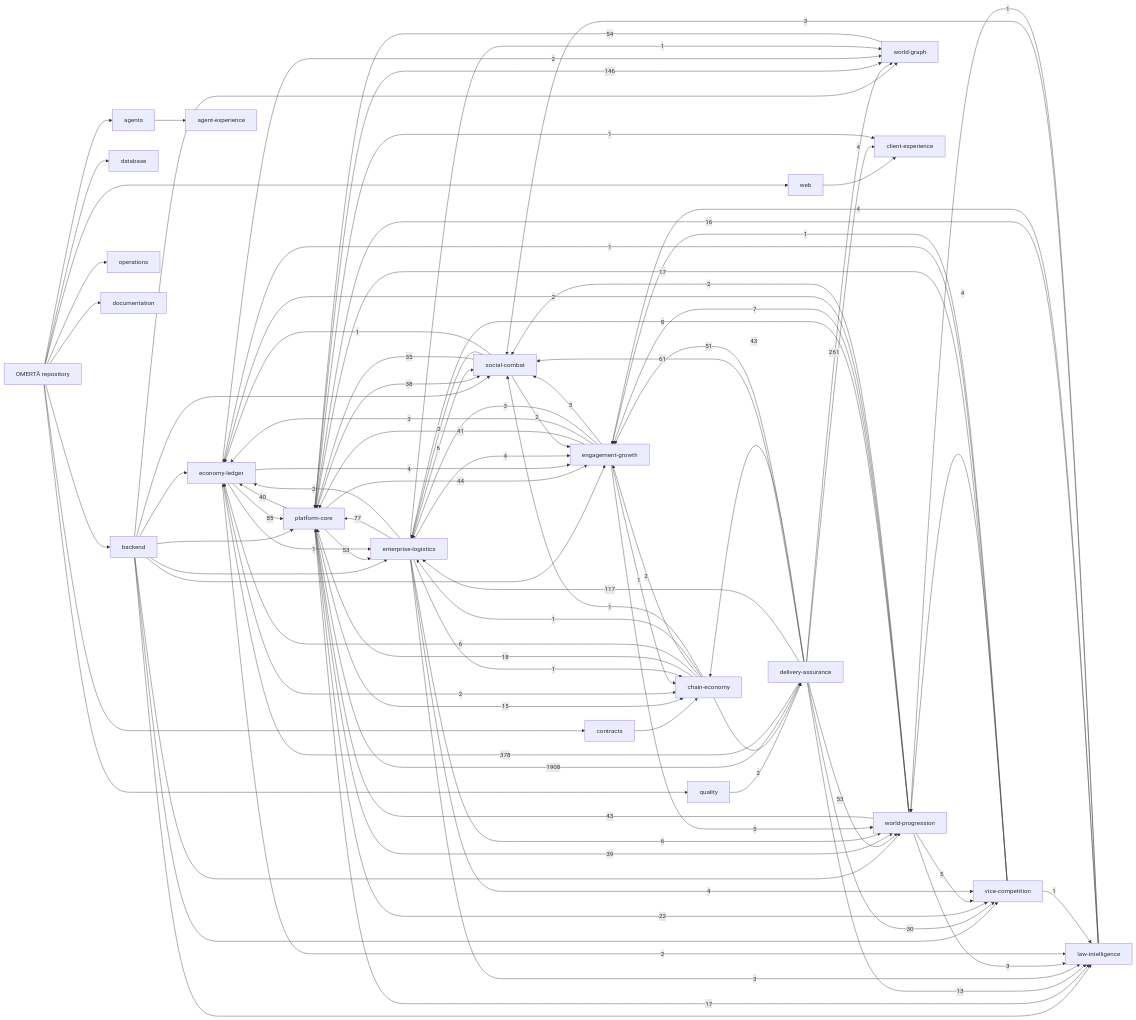
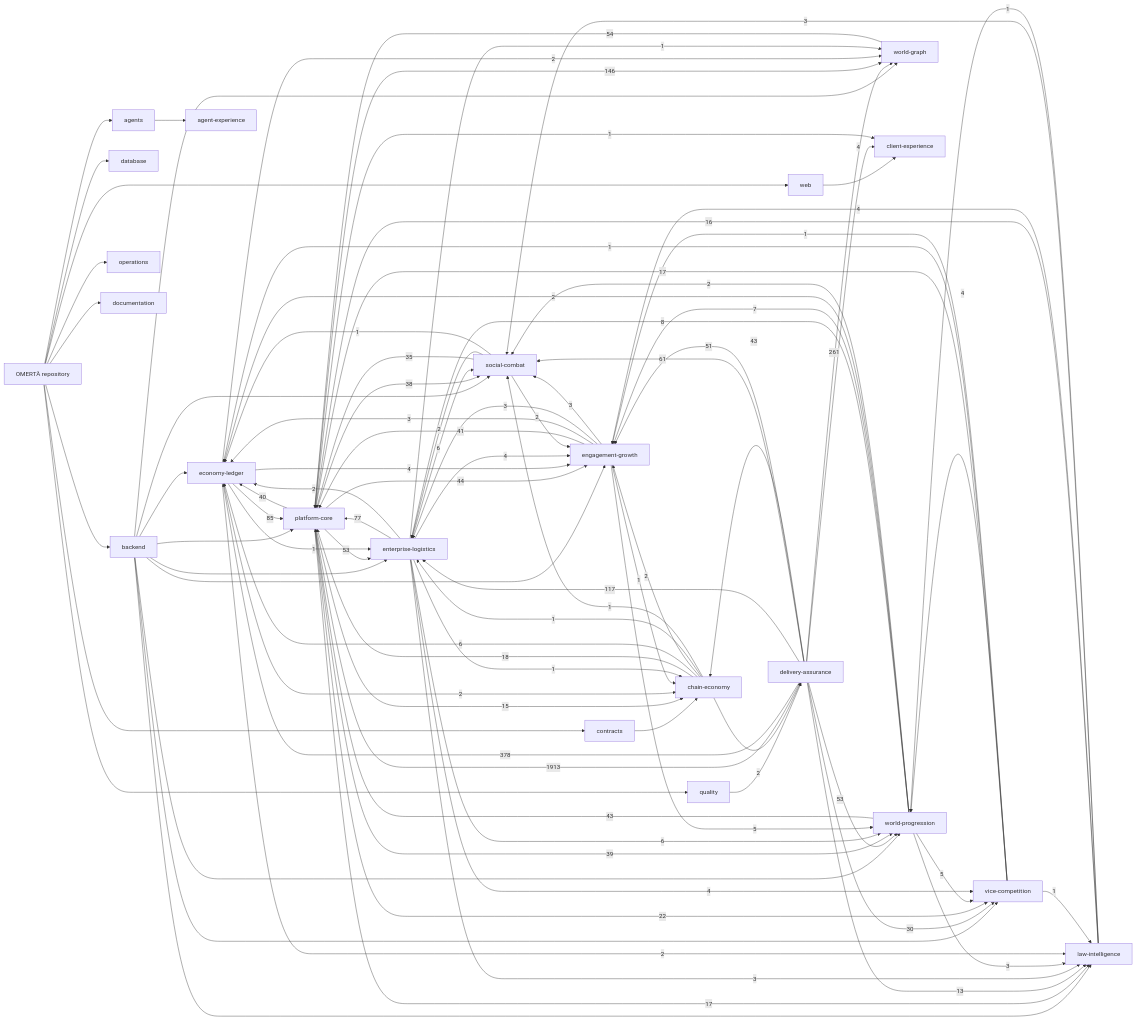
The diagram in knowledge/generated/graph.mmd (OmertaDev/Omerta), drawn with Mermaid before and after one commit. The commit also changed 8 other files, not shown here.

```diff
--- a/knowledge/generated/graph.mmd
+++ b/knowledge/generated/graph.mmd
@@ -1,113 +1,113 @@
 flowchart LR
   repo["OMERTÀ repository"]
   sub_backend["backend"]
   repo --> sub_backend
   sub_database["database"]
   repo --> sub_database
   sub_web["web"]
   repo --> sub_web
   sub_contracts["contracts"]
   repo --> sub_contracts
   sub_agents["agents"]
   repo --> sub_agents
   sub_quality["quality"]
   repo --> sub_quality
   sub_operations["operations"]
   repo --> sub_operations
   sub_documentation["documentation"]
   repo --> sub_documentation
   dom_platform-core["platform-core"]
   dom_economy-ledger["economy-ledger"]
   dom_social-combat["social-combat"]
   dom_world-progression["world-progression"]
   dom_world-graph["world-graph"]
   dom_enterprise-logistics["enterprise-logistics"]
   dom_vice-competition["vice-competition"]
   dom_law-intelligence["law-intelligence"]
   dom_chain-economy["chain-economy"]
   dom_engagement-growth["engagement-growth"]
   dom_client-experience["client-experience"]
   dom_agent-experience["agent-experience"]
   dom_delivery-assurance["delivery-assurance"]
   sub_agents --> dom_agent-experience
   sub_backend --> dom_economy-ledger
   sub_backend --> dom_engagement-growth
   sub_backend --> dom_enterprise-logistics
   sub_backend --> dom_law-intelligence
   sub_backend --> dom_platform-core
   sub_backend --> dom_social-combat
   sub_backend --> dom_vice-competition
   sub_backend --> dom_world-graph
   sub_backend --> dom_world-progression
   sub_contracts --> dom_chain-economy
   sub_quality --> dom_delivery-assurance
   sub_web --> dom_client-experience
-  dom_delivery-assurance -->|1908| dom_platform-core
+  dom_delivery-assurance -->|1913| dom_platform-core
   dom_delivery-assurance -->|378| dom_economy-ledger
   dom_delivery-assurance -->|261| dom_world-graph
   dom_platform-core -->|146| dom_world-graph
   dom_delivery-assurance -->|117| dom_enterprise-logistics
   dom_economy-ledger -->|85| dom_platform-core
   dom_enterprise-logistics -->|77| dom_platform-core
   dom_delivery-assurance -->|61| dom_social-combat
   dom_world-graph -->|54| dom_platform-core
   dom_delivery-assurance -->|53| dom_world-progression
   dom_platform-core -->|53| dom_enterprise-logistics
   dom_delivery-assurance -->|51| dom_engagement-growth
   dom_platform-core -->|44| dom_engagement-growth
   dom_delivery-assurance -->|43| dom_chain-economy
   dom_world-progression -->|43| dom_platform-core
   dom_engagement-growth -->|41| dom_platform-core
   dom_platform-core -->|40| dom_economy-ledger
   dom_platform-core -->|39| dom_world-progression
   dom_platform-core -->|38| dom_social-combat
   dom_social-combat -->|35| dom_platform-core
   dom_delivery-assurance -->|30| dom_vice-competition
   dom_platform-core -->|22| dom_vice-competition
   dom_chain-economy -->|18| dom_platform-core
   dom_platform-core -->|17| dom_law-intelligence
   dom_vice-competition -->|17| dom_platform-core
   dom_law-intelligence -->|16| dom_platform-core
   dom_platform-core -->|15| dom_chain-economy
   dom_delivery-assurance -->|13| dom_law-intelligence
   dom_world-progression -->|8| dom_enterprise-logistics
   dom_world-progression -->|7| dom_engagement-growth
   dom_chain-economy -->|6| dom_economy-ledger
   dom_enterprise-logistics -->|6| dom_social-combat
   dom_enterprise-logistics -->|6| dom_world-progression
   dom_engagement-growth -->|5| dom_world-progression
   dom_world-progression -->|5| dom_vice-competition
   dom_delivery-assurance -->|4| dom_client-experience
   dom_economy-ledger -->|4| dom_engagement-growth
   dom_enterprise-logistics -->|4| dom_engagement-growth
   dom_enterprise-logistics -->|4| dom_vice-competition
   dom_law-intelligence -->|4| dom_engagement-growth
   dom_vice-competition -->|4| dom_world-progression
   dom_engagement-growth -->|3| dom_economy-ledger
   dom_engagement-growth -->|3| dom_enterprise-logistics
   dom_engagement-growth -->|3| dom_social-combat
   dom_enterprise-logistics -->|3| dom_law-intelligence
   dom_law-intelligence -->|3| dom_social-combat
   dom_world-progression -->|3| dom_law-intelligence
   dom_chain-economy -->|2| dom_delivery-assurance
   dom_chain-economy -->|2| dom_engagement-growth
   dom_economy-ledger -->|2| dom_chain-economy
   dom_economy-ledger -->|2| dom_law-intelligence
   dom_economy-ledger -->|2| dom_world-graph
   dom_enterprise-logistics -->|2| dom_economy-ledger
   dom_social-combat -->|2| dom_engagement-growth
   dom_social-combat -->|2| dom_enterprise-logistics
   dom_world-progression -->|2| dom_economy-ledger
   dom_world-progression -->|2| dom_social-combat
   dom_chain-economy -->|1| dom_enterprise-logistics
   dom_chain-economy -->|1| dom_social-combat
   dom_economy-ledger -->|1| dom_enterprise-logistics
   dom_engagement-growth -->|1| dom_chain-economy
   dom_enterprise-logistics -->|1| dom_chain-economy
   dom_enterprise-logistics -->|1| dom_world-graph
   dom_law-intelligence -->|1| dom_world-progression
   dom_platform-core -->|1| dom_client-experience
   dom_social-combat -->|1| dom_economy-ledger
   dom_vice-competition -->|1| dom_economy-ledger
   dom_vice-competition -->|1| dom_engagement-growth
   dom_vice-competition -->|1| dom_law-intelligence
```
